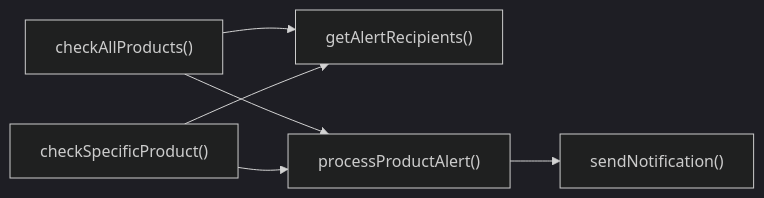
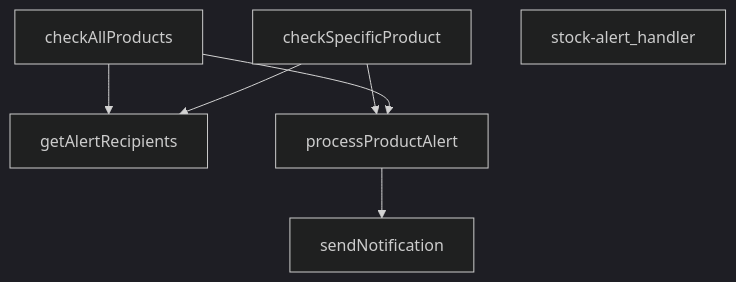
One commit to peckop/venthub-hvac-esite changed the diagram in supabase/functions/stock-alert/index.md. Above: the diagram before and after it, drawn with Mermaid (dark theme). The commit also changed other lines of this file and 488 other files, not shown here.

````diff
--- a/supabase/functions/stock-alert/index.md
+++ b/supabase/functions/stock-alert/index.md
@@ -218,8 +197,14 @@
 ```mermaid
-graph LR
-    checkAllProducts["checkAllProducts()"] --> getAlertRecipients["getAlertRecipients()"]
-    checkAllProducts["checkAllProducts()"] --> processProductAlert["processProductAlert()"]
-    checkSpecificProduct["checkSpecificProduct()"] --> getAlertRecipients["getAlertRecipients()"]
-    checkSpecificProduct["checkSpecificProduct()"] --> processProductAlert["processProductAlert()"]
-    processProductAlert["processProductAlert()"] --> sendNotification["sendNotification()"]
+graph TD
+    index_ts__checkAllProducts["checkAllProducts"]
+    index_ts__checkSpecificProduct["checkSpecificProduct"]
+    index_ts__getAlertRecipients["getAlertRecipients"]
+    index_ts__processProductAlert["processProductAlert"]
+    index_ts__sendNotification["sendNotification"]
+    index_ts__stock-alert_handler["stock-alert_handler"]
+    index_ts__processProductAlert --> index_ts__sendNotification
+    index_ts__checkAllProducts --> index_ts__getAlertRecipients
+    index_ts__checkSpecificProduct --> index_ts__processProductAlert
+    index_ts__checkAllProducts --> index_ts__processProductAlert
+    index_ts__checkSpecificProduct --> index_ts__getAlertRecipients
 ```
````
